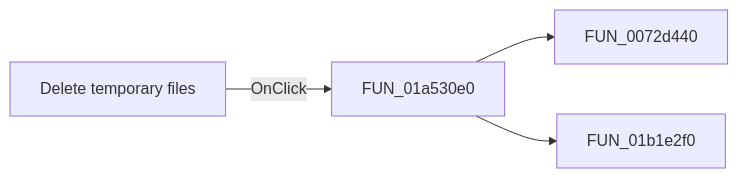
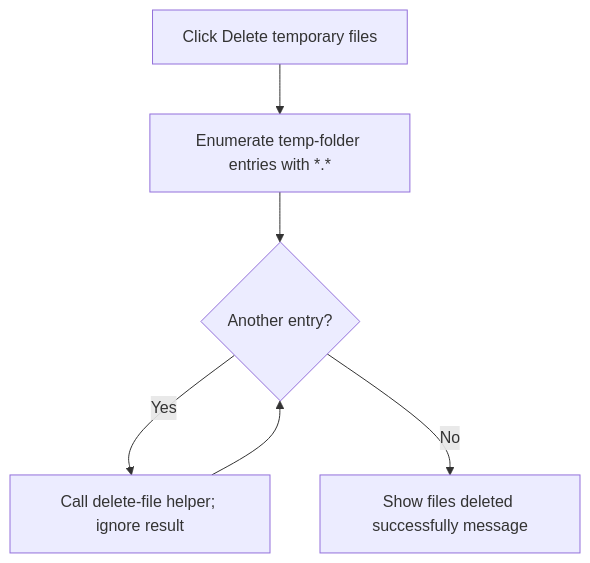
One commit to MovGP0/TIARA changed the diagram in docs/ui-controls/localllmform/mndeletetempfiles-c33aab346d.md. Above: the diagram before and after it, drawn with Mermaid. The commit also changed other lines of this file and 1062 other files, not shown here.

````diff
--- a/docs/ui-controls/localllmform/mndeletetempfiles-c33aab346d.md
+++ b/docs/ui-controls/localllmform/mndeletetempfiles-c33aab346d.md
@@ -27,6 +29,8 @@
 ```mermaid
-flowchart LR
-    control["Delete temporary files"] -->|OnClick| handler["FUN_01a530e0"]
-    handler --> call1["FUN_0072d440"]
-    handler --> call2["FUN_01b1e2f0"]
+flowchart TD
+    control["Click Delete temporary files"] --> enumerate["Enumerate temp-folder entries with *.*"]
+    enumerate --> each{"Another entry?"}
+    each -->|Yes| remove["Call delete-file helper; ignore result"]
+    remove --> each
+    each -->|No| message["Show files deleted successfully message"]
 ```
````
